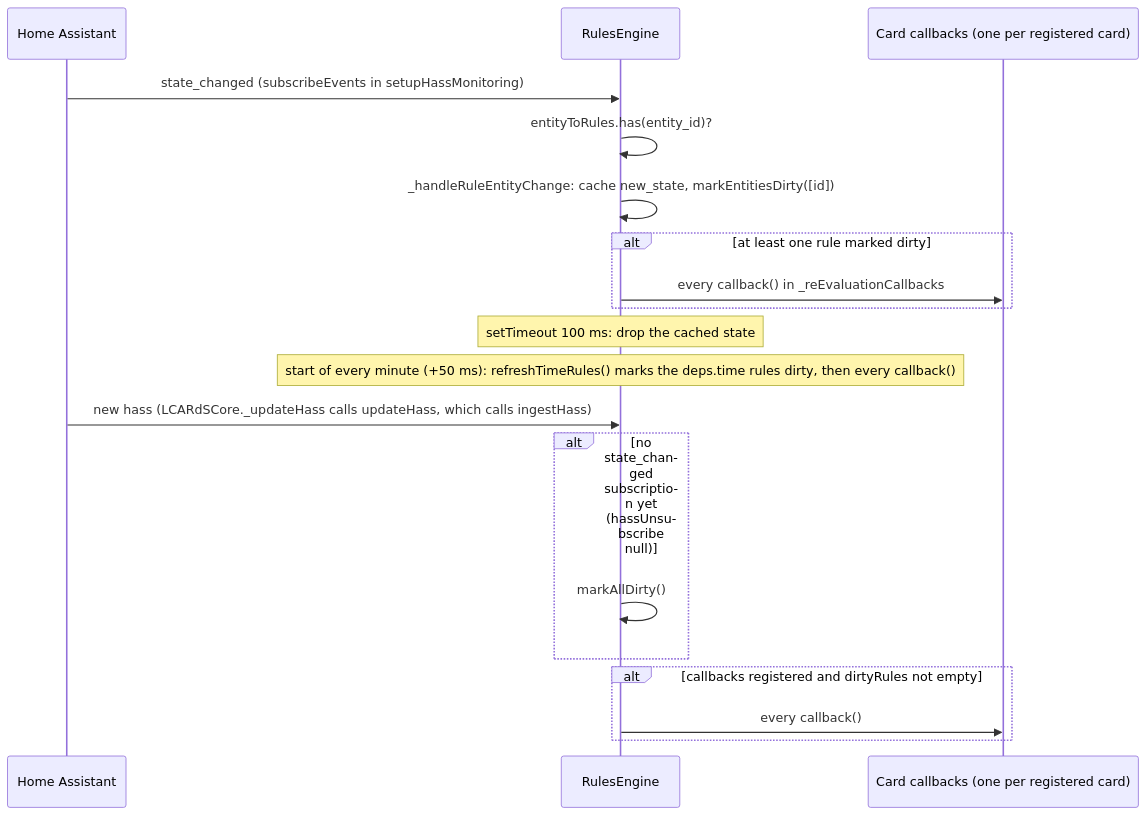
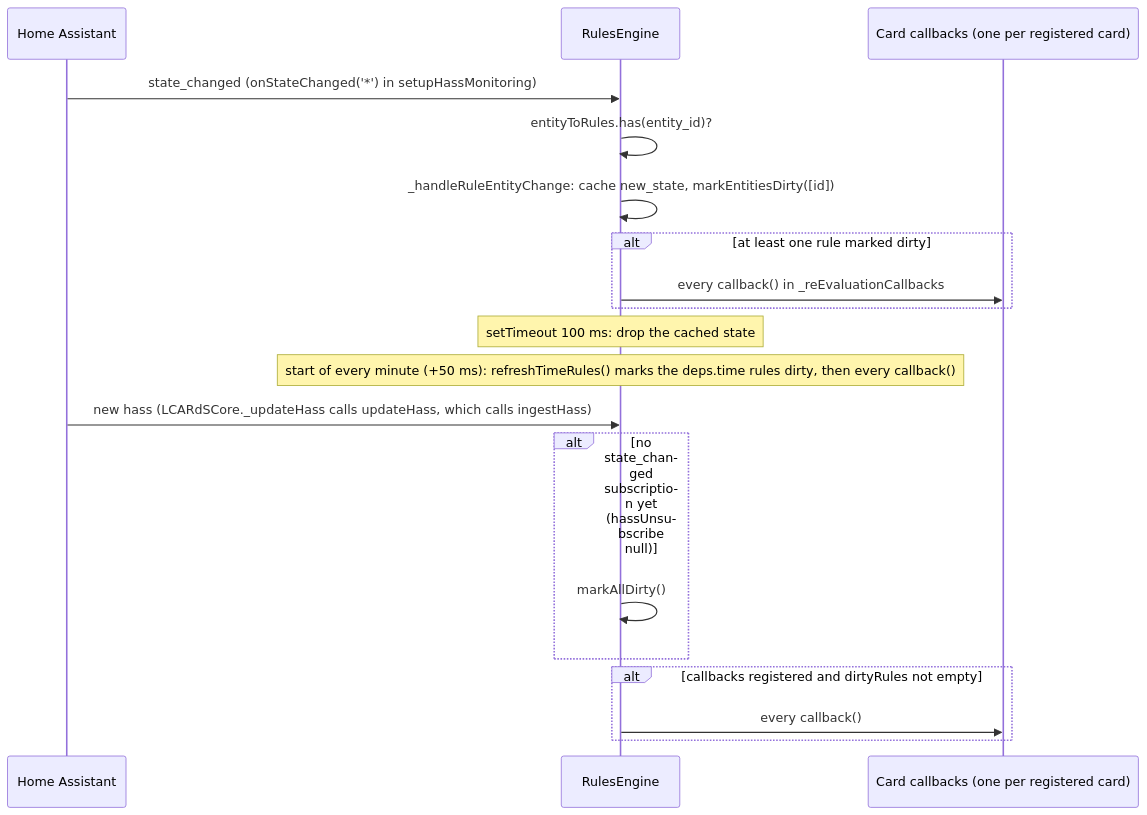
One commit to snootched/lcards changed the second of 3 diagrams in doc/architecture/subsystems/rules-engine.md. Above: the diagram before and after it, drawn with Mermaid. The commit also changed other lines of this file and 9 other files, not shown here.

````diff
--- a/doc/architecture/subsystems/rules-engine.md
+++ b/doc/architecture/subsystems/rules-engine.md
@@ -223,21 +223,21 @@
 ```mermaid
 sequenceDiagram
     participant HA as Home Assistant
     participant RE as RulesEngine
     participant CB as Card callbacks (one per registered card)
-    HA->>RE: state_changed (subscribeEvents in setupHassMonitoring)
+    HA->>RE: state_changed (onStateChanged('*') in setupHassMonitoring)
     RE->>RE: entityToRules.has(entity_id)?
     RE->>RE: _handleRuleEntityChange: cache new_state, markEntitiesDirty([id])
     alt at least one rule marked dirty
         RE->>CB: every callback() in _reEvaluationCallbacks
     end
     Note over RE: setTimeout 100 ms: drop the cached state
     Note over RE: start of every minute (+50 ms): refreshTimeRules() marks the deps.time rules dirty, then every callback()
     HA->>RE: new hass (LCARdSCore._updateHass calls updateHass, which calls ingestHass)
     alt no state_changed subscription yet (hassUnsubscribe null)
         RE->>RE: markAllDirty()
     end
     alt callbacks registered and dirtyRules not empty
         RE->>CB: every callback()
     end
 ```
````
